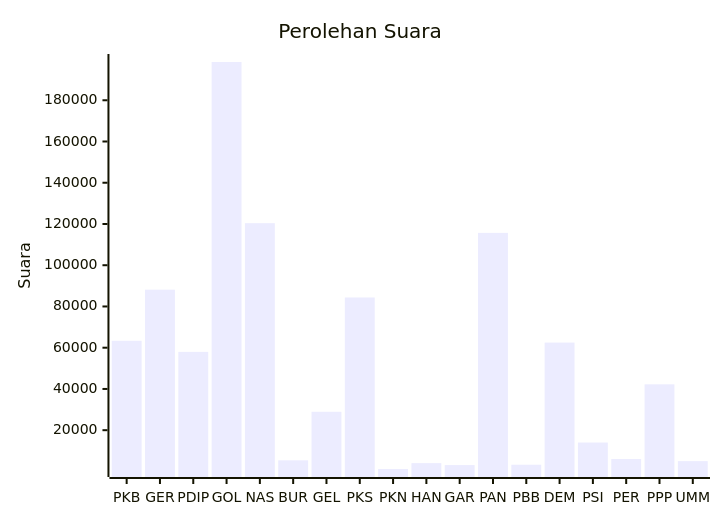
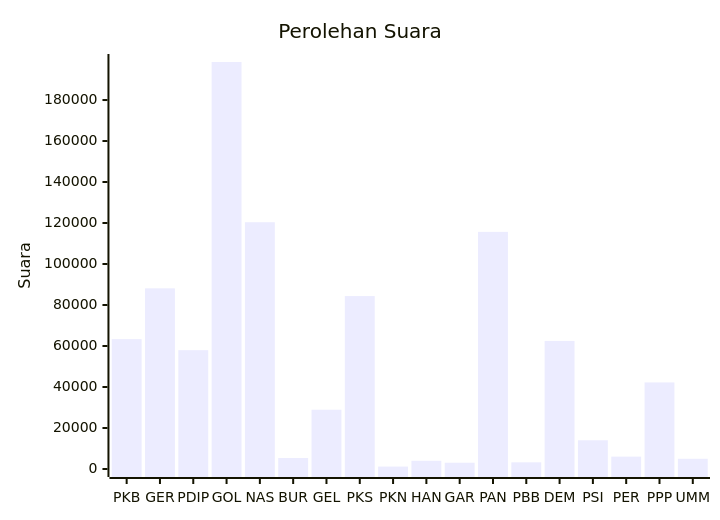
One commit to gigit-pemilu/pemilu-2024 changed the diagram in pileg-dpr/hitung-suara/sub/table-wilayah-63.md. Above: the diagram before and after it, drawn with Mermaid. The commit also changed 57 other files, not shown here.

````diff
--- a/pileg-dpr/hitung-suara/sub/table-wilayah-63.md
+++ b/pileg-dpr/hitung-suara/sub/table-wilayah-63.md
@@ -7,7 +7,7 @@
 ```mermaid
 xychart-beta
     title "Perolehan Suara"
     x-axis [PKB, GER, PDIP, GOL, NAS, BUR, GEL, PKS, PKN, HAN, GAR, PAN, PBB, DEM, PSI, PER, PPP, UMM]
-    y-axis "Suara"
+    y-axis "Suara" 0 --> 198554
     bar [63364, 88131, 57974, 198554, 120398, 5373, 28925, 84355, 1177, 4020, 3070, 115684, 3255, 62482, 14014, 6035, 42235, 4994]
 ```
````
